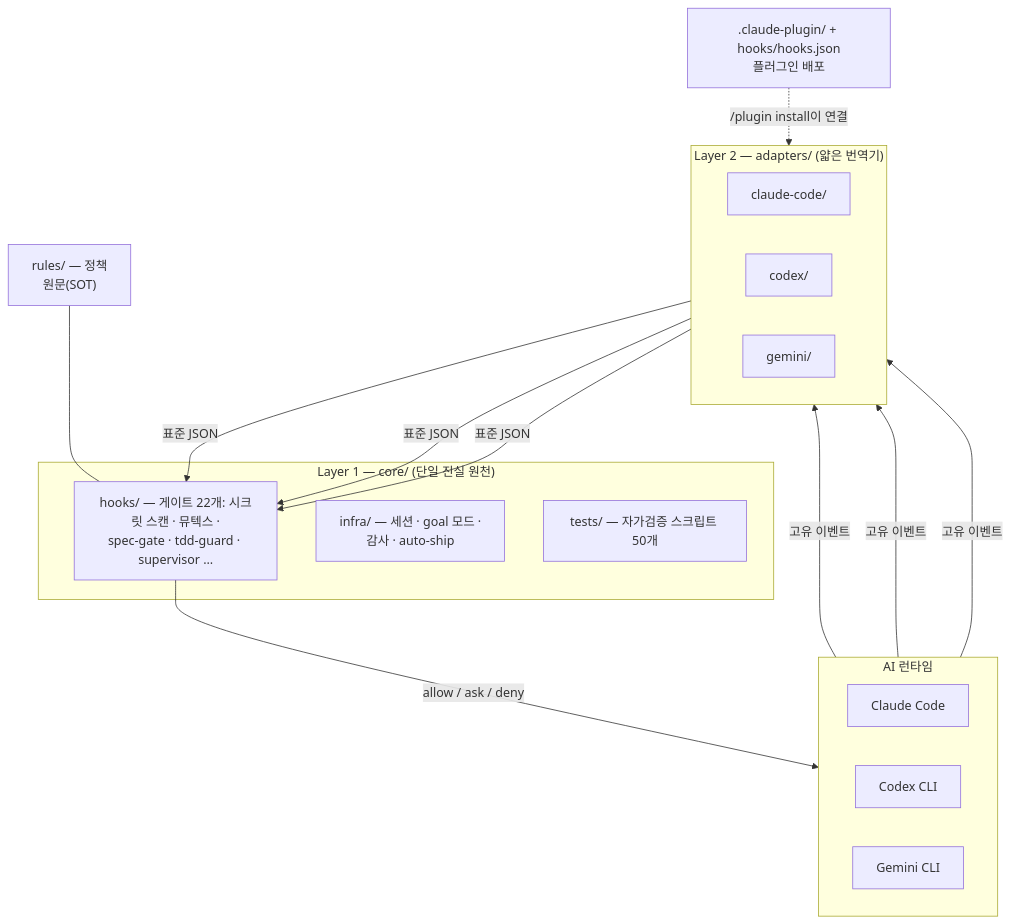
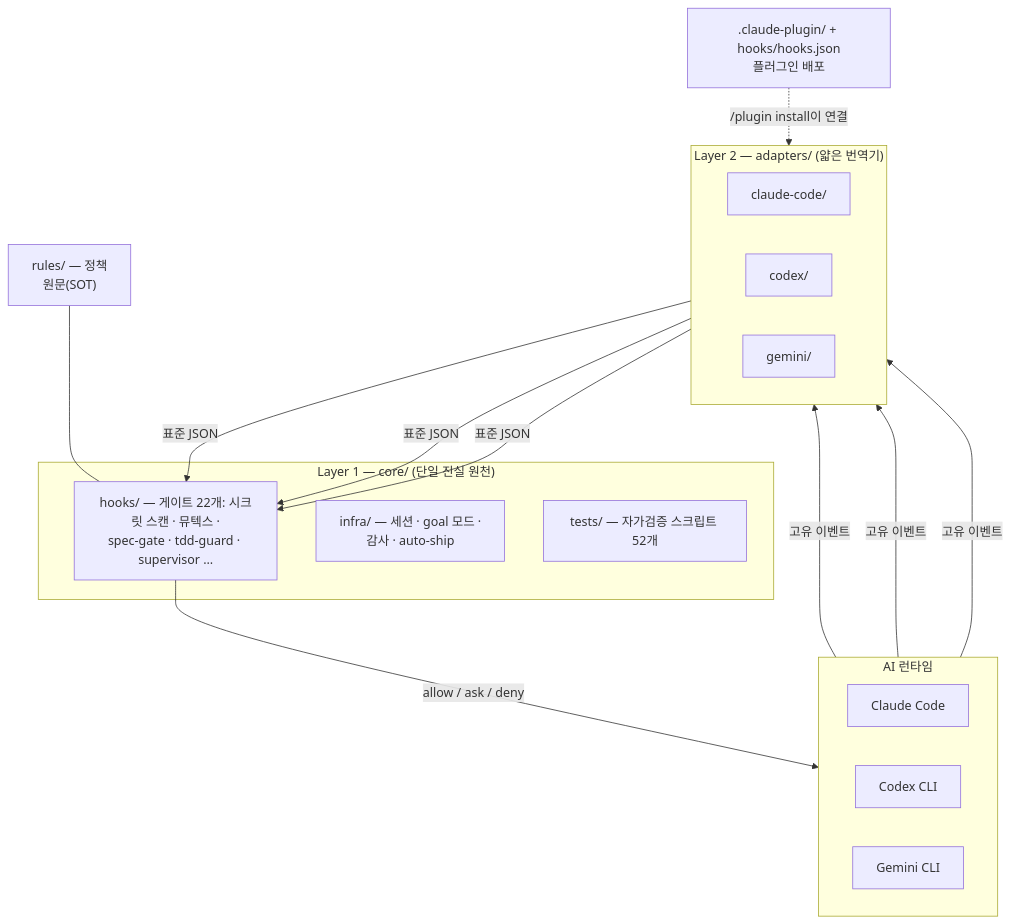
One commit to joymin5655/Agent changed the second of 5 diagrams in README.ko.md. Above: the diagram before and after it, drawn with Mermaid. The commit also changed other lines of this file and 7 other files, not shown here.

````diff
--- a/README.ko.md
+++ b/README.ko.md
@@ -213,32 +213,32 @@
 ```mermaid
 flowchart TB
     subgraph RT["AI 런타임"]
         direction LR
         CC["Claude Code"]
         CX["Codex CLI"]
         GM["Gemini CLI"]
     end
     subgraph AD["Layer 2 — adapters/ (얇은 번역기)"]
         direction LR
         A1["claude-code/"]
         A2["codex/"]
         A3["gemini/"]
     end
     subgraph CORE["Layer 1 — core/ (단일 진실 원천)"]
         H["hooks/ — 게이트 22개: 시크릿 스캔 · 뮤텍스 ·<br/>spec-gate · tdd-guard · supervisor …"]
         I["infra/ — 세션 · goal 모드 ·<br/>감사 · auto-ship"]
-        T["tests/ — 자가검증 스크립트 50개"]
+        T["tests/ — 자가검증 스크립트 52개"]
     end
     R["rules/ — 정책<br/>원문(SOT)"]
     PLUG[".claude-plugin/ + hooks/hooks.json<br/>플러그인 배포"]
 
     CC -->|고유 이벤트| A1
     CX -->|고유 이벤트| A2
     GM -->|고유 이벤트| A3
     A1 -->|표준 JSON| H
     A2 -->|표준 JSON| H
     A3 -->|표준 JSON| H
     H -->|"allow / ask / deny"| RT
     R --- H
     PLUG -. "/plugin install이 연결" .-> A1
 ```
````
